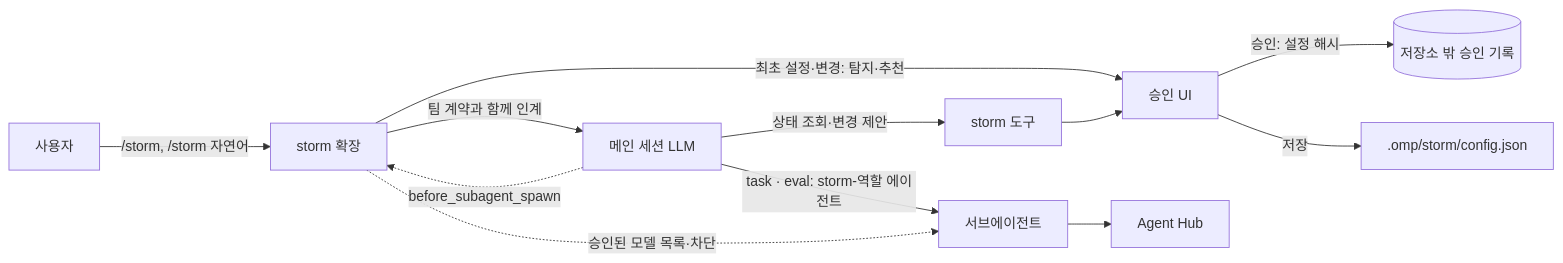
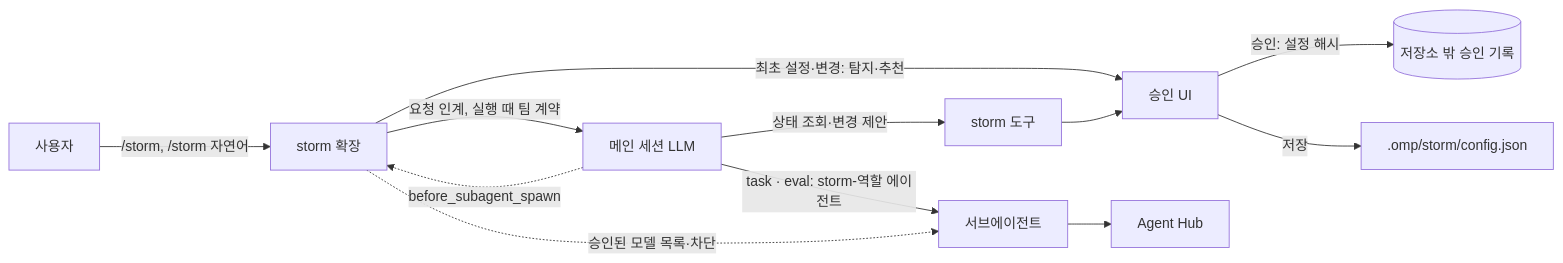
One commit to dhkimxx/omp-storm changed the diagram in docs/plan.md. Above: the diagram before and after it, drawn with Mermaid. The commit also changed other lines of this file and 2 other files, not shown here.

````diff
--- a/docs/plan.md
+++ b/docs/plan.md
@@ -99,14 +99,14 @@
 ```mermaid
 flowchart LR
   U[사용자] -->|/storm, /storm 자연어| X[storm 확장]
   X -->|최초 설정·변경: 탐지·추천| R[승인 UI]
   R -->|승인: 설정 해시| A[(저장소 밖 승인 기록)]
   R -->|저장| C[.omp/storm/config.json]
-  X -->|팀 계약과 함께 인계| M[메인 세션 LLM]
+  X -->|요청 인계, 실행 때 팀 계약| M[메인 세션 LLM]
   M -->|상태 조회·변경 제안| T[storm 도구]
   T --> R
   M -->|task · eval: storm-역할 에이전트| W[서브에이전트]
   M -.->|before_subagent_spawn| X
   X -.->|승인된 모델 목록·차단| W
   W --> H[Agent Hub]
 ```
````
